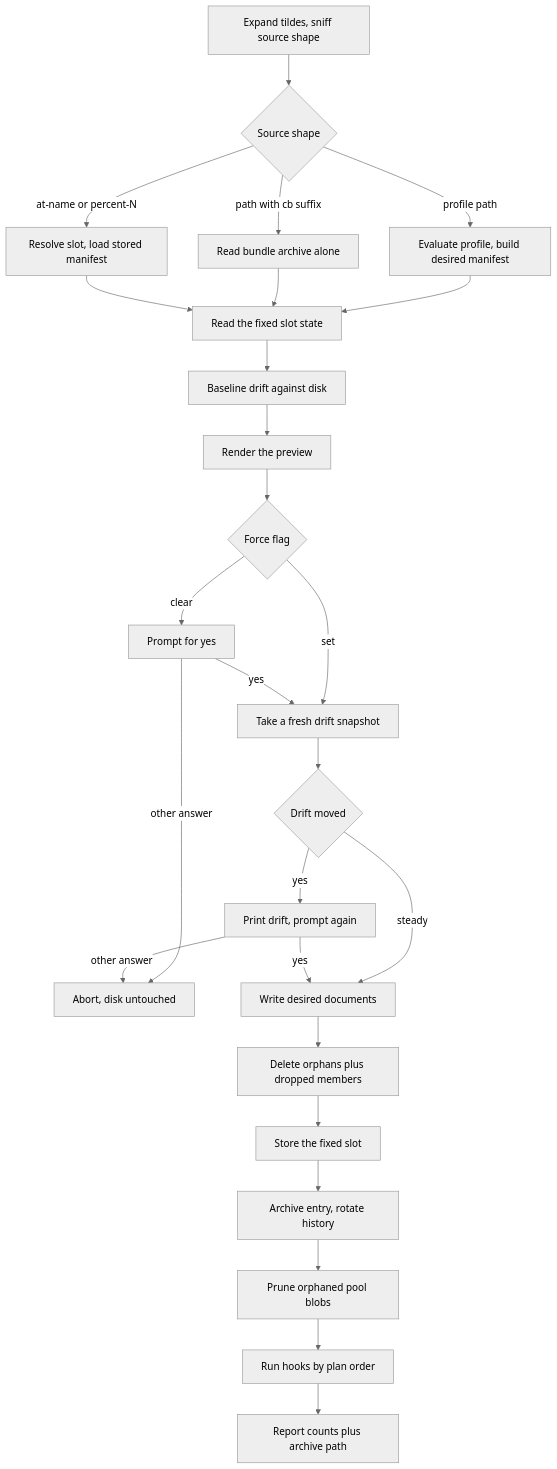
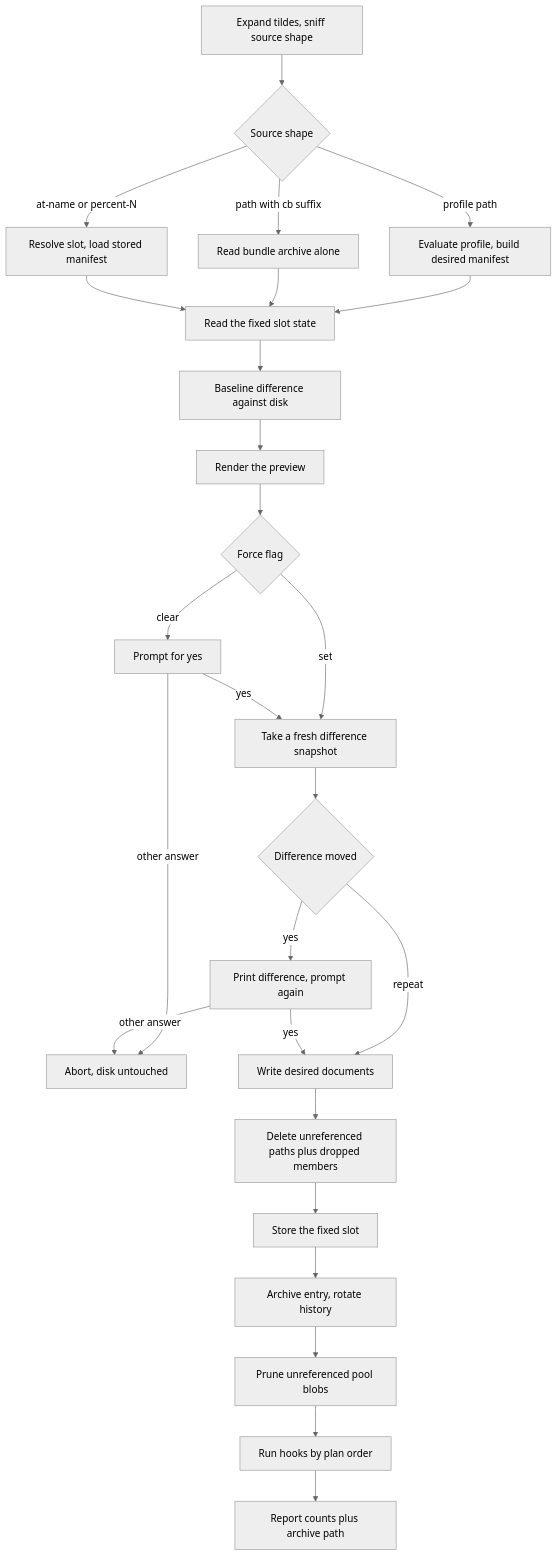
One commit to SolracHQ/confit changed the diagram in docs/book/src/spec/resources/apply.mmd. Above: the diagram before and after it, drawn with Mermaid (neutral theme). The commit also changed 84 other files, not shown here.

```diff
--- a/docs/book/src/spec/resources/apply.mmd
+++ b/docs/book/src/spec/resources/apply.mmd
@@ -1,26 +1,26 @@
 flowchart TD
     A[Expand tildes, sniff source shape] --> B{Source shape}
     B -- profile path --> C[Evaluate profile, build desired manifest]
     B -- path with cb suffix --> D[Read bundle archive alone]
     B -- at-name or percent-N --> E[Resolve slot, load stored manifest]
     C --> F[Read the fixed slot state]
     D --> F
     E --> F
-    F --> G[Baseline drift against disk]
+    F --> G[Baseline difference against disk]
     G --> I[Render the preview]
     I --> K{Force flag}
-    K -- set --> L[Take a fresh drift snapshot]
+    K -- set --> L[Take a fresh difference snapshot]
     K -- clear --> M[Prompt for yes]
     M -- other answer --> N[Abort, disk untouched]
     M -- yes --> L
-    L --> O{Drift moved}
-    O -- yes --> P[Print drift, prompt again]
-    O -- steady --> Q[Write desired documents]
+    L --> O{Difference moved}
+    O -- yes --> P[Print difference, prompt again]
+    O -- repeat --> Q[Write desired documents]
     P -- other answer --> N
     P -- yes --> Q
-    Q --> R[Delete orphans plus dropped members]
+    Q --> R[Delete unreferenced paths plus dropped members]
     R --> S[Store the fixed slot]
     S --> T[Archive entry, rotate history]
-    T --> U[Prune orphaned pool blobs]
+    T --> U[Prune unreferenced pool blobs]
     U --> V[Run hooks by plan order]
     V --> W[Report counts plus archive path]
```
